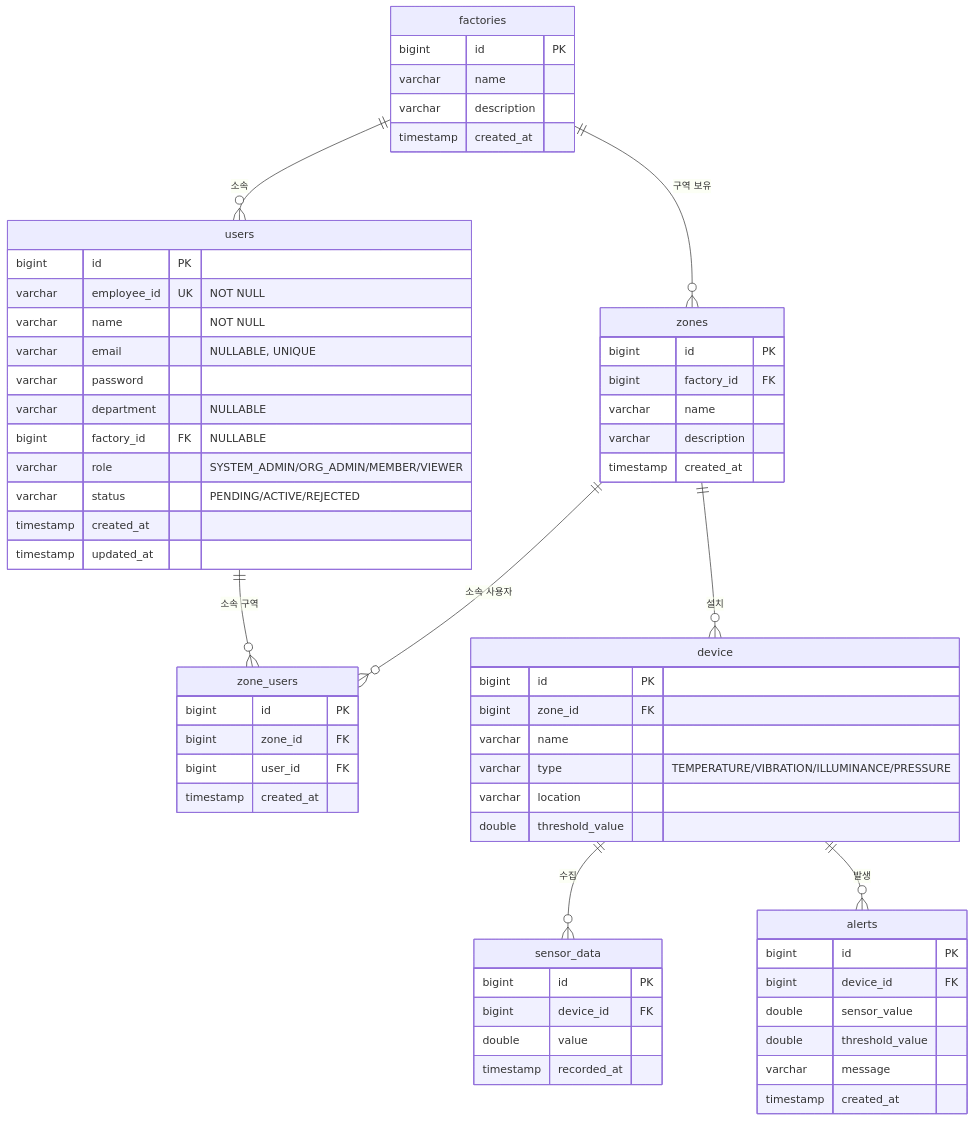
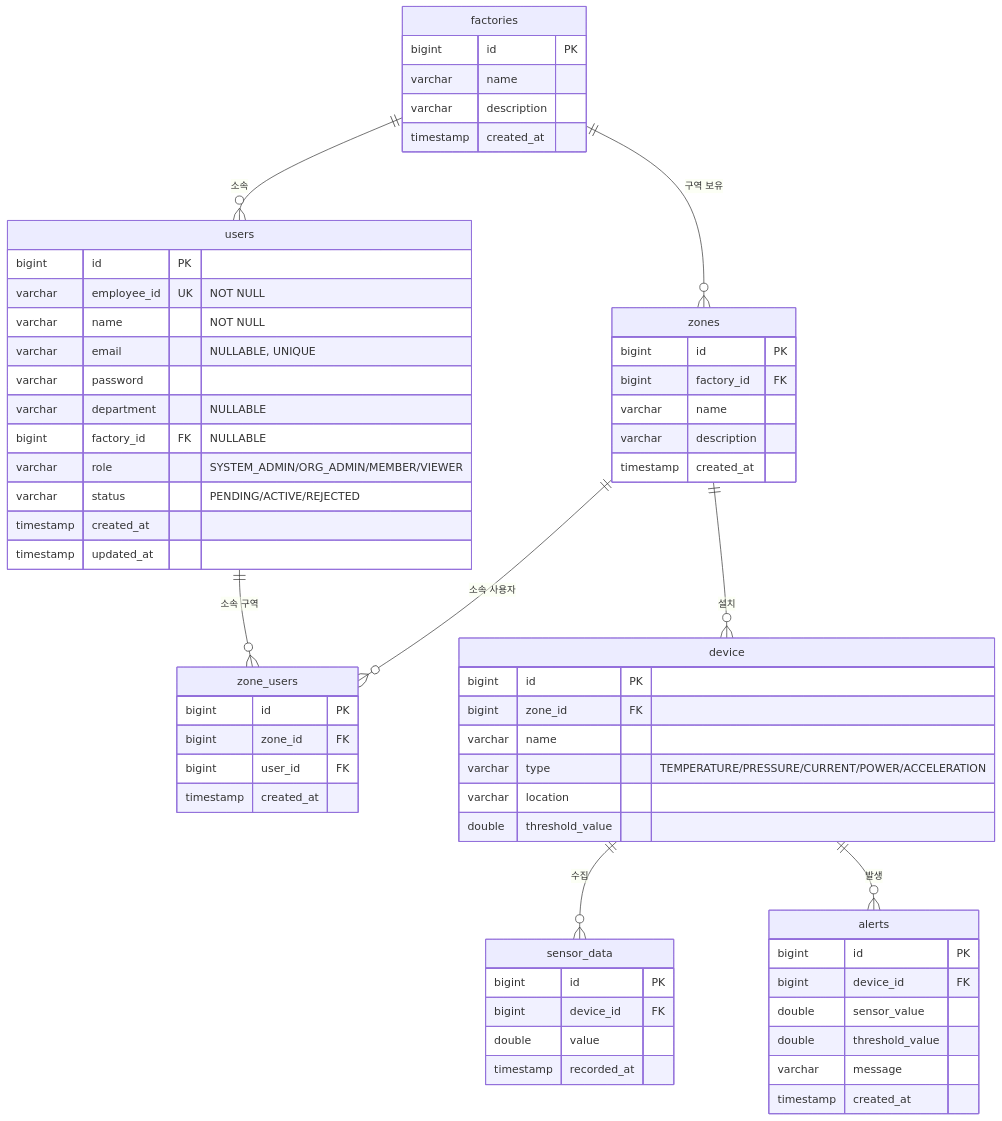
The third of 3 diagrams in README.md (YEONJI-P/iot-sensor-platform), drawn with Mermaid before and after one commit. The commit also changed other lines of this file and 3 other files, not shown here.

````diff
--- a/README.md
+++ b/README.md
@@ -112,71 +112,71 @@
 ```mermaid
 erDiagram
     factories {
         bigint id PK
         varchar name
         varchar description
         timestamp created_at
     }
 
     zones {
         bigint id PK
         bigint factory_id FK
         varchar name
         varchar description
         timestamp created_at
     }
 
     zone_users {
         bigint id PK
         bigint zone_id FK
         bigint user_id FK
         timestamp created_at
     }
 
     users {
         bigint id PK
         varchar employee_id UK "NOT NULL"
         varchar name "NOT NULL"
         varchar email "NULLABLE, UNIQUE"
         varchar password
         varchar department "NULLABLE"
         bigint factory_id FK "NULLABLE"
         varchar role "SYSTEM_ADMIN/ORG_ADMIN/MEMBER/VIEWER"
         varchar status "PENDING/ACTIVE/REJECTED"
         timestamp created_at
         timestamp updated_at
     }
 
     device {
         bigint id PK
         bigint zone_id FK
         varchar name
-        varchar type "TEMPERATURE/VIBRATION/ILLUMINANCE/PRESSURE"
+        varchar type "TEMPERATURE/PRESSURE/CURRENT/POWER/ACCELERATION"
         varchar location
         double threshold_value
     }
 
     sensor_data {
         bigint id PK
         bigint device_id FK
         double value
         timestamp recorded_at
     }
 
     alerts {
         bigint id PK
         bigint device_id FK
         double sensor_value
         double threshold_value
         varchar message
         timestamp created_at
     }
 
     factories ||--o{ zones : "구역 보유"
     factories ||--o{ users : "소속"
     zones ||--o{ zone_users : "소속 사용자"
     users ||--o{ zone_users : "소속 구역"
     zones ||--o{ device : "설치"
     device ||--o{ sensor_data : "수집"
     device ||--o{ alerts : "발생"
 ```
````
